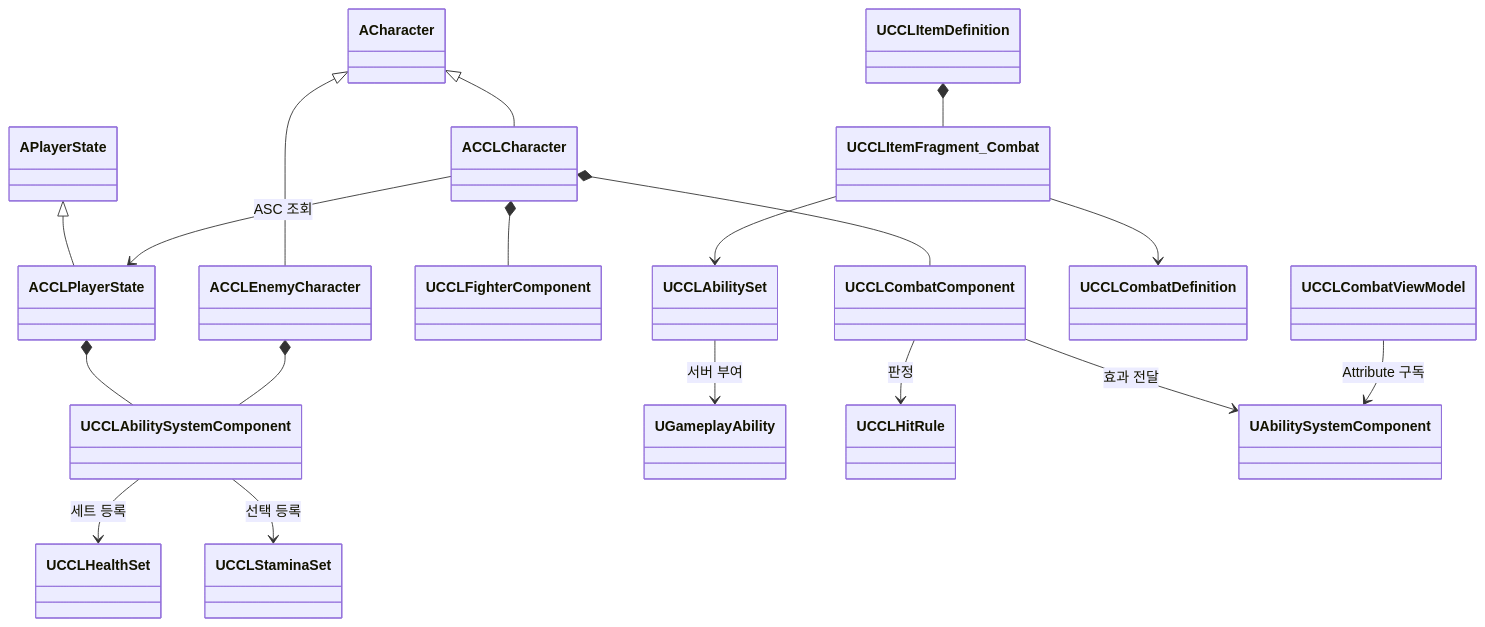
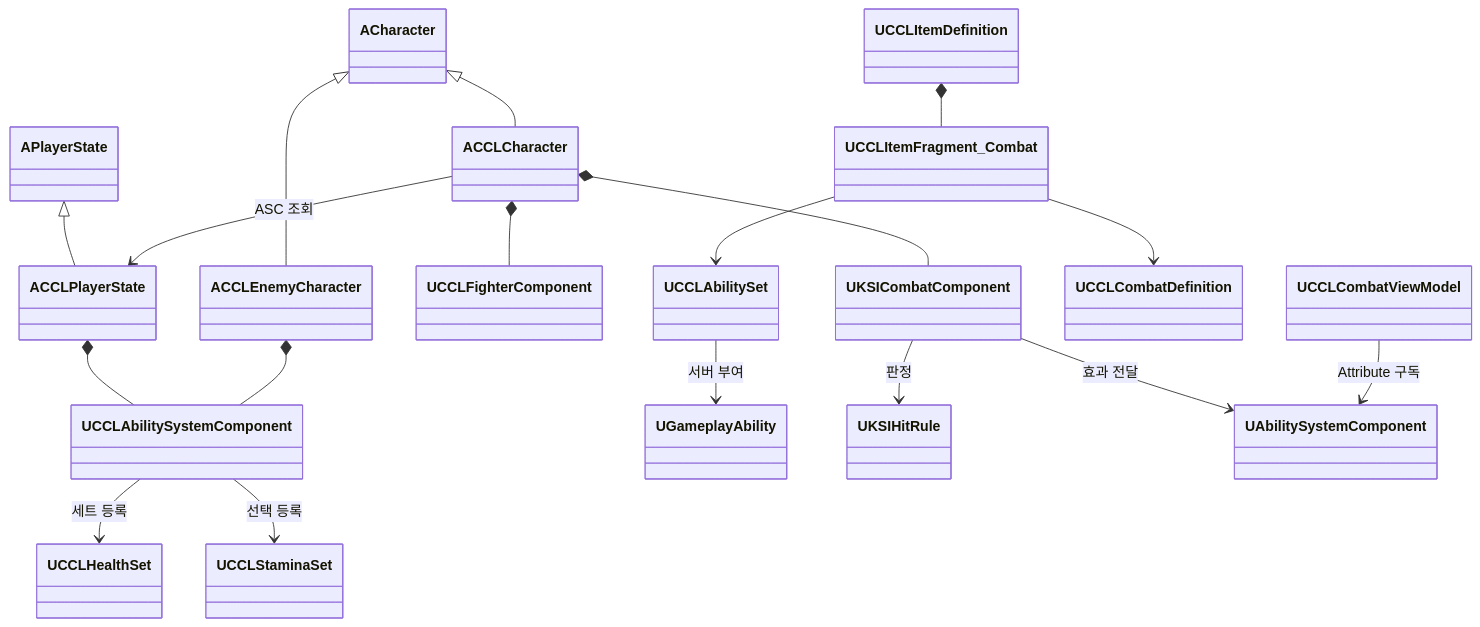
Before and after one commit to kang-sihwon/ccl8: the diagram in Docs/CombatFoundation.md, drawn with Mermaid. The commit also changed other lines of this file and 66 other files, not shown here.

````diff
--- a/Docs/CombatFoundation.md
+++ b/Docs/CombatFoundation.md
@@ -84,20 +84,20 @@
 ```mermaid
 classDiagram
     APlayerState <|-- ACCLPlayerState
     ACharacter <|-- ACCLCharacter
     ACharacter <|-- ACCLEnemyCharacter
     ACCLPlayerState *-- UCCLAbilitySystemComponent
     ACCLEnemyCharacter *-- UCCLAbilitySystemComponent
     ACCLCharacter --> ACCLPlayerState : ASC 조회
     ACCLCharacter *-- UCCLFighterComponent
-    ACCLCharacter *-- UCCLCombatComponent
+    ACCLCharacter *-- UKSICombatComponent
     UCCLAbilitySystemComponent --> UCCLHealthSet : 세트 등록
     UCCLAbilitySystemComponent --> UCCLStaminaSet : 선택 등록
     UCCLAbilitySet --> UGameplayAbility : 서버 부여
     UCCLItemDefinition *-- UCCLItemFragment_Combat
     UCCLItemFragment_Combat --> UCCLAbilitySet
     UCCLItemFragment_Combat --> UCCLCombatDefinition
-    UCCLCombatComponent --> UCCLHitRule : 판정
-    UCCLCombatComponent --> UAbilitySystemComponent : 효과 전달
+    UKSICombatComponent --> UKSIHitRule : 판정
+    UKSICombatComponent --> UAbilitySystemComponent : 효과 전달
     UCCLCombatViewModel --> UAbilitySystemComponent : Attribute 구독
 ```
````
